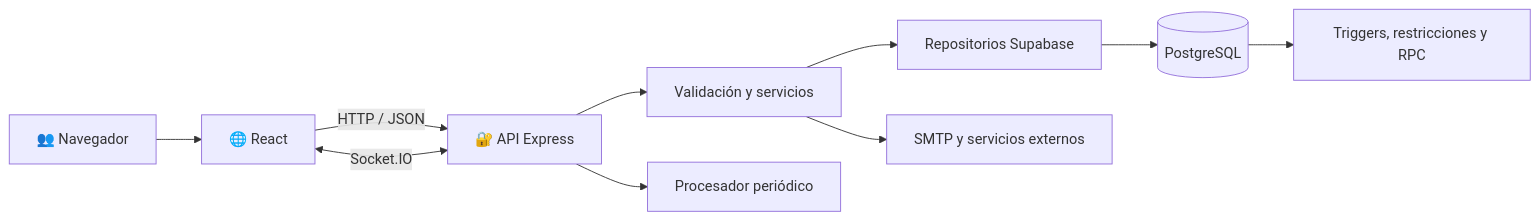
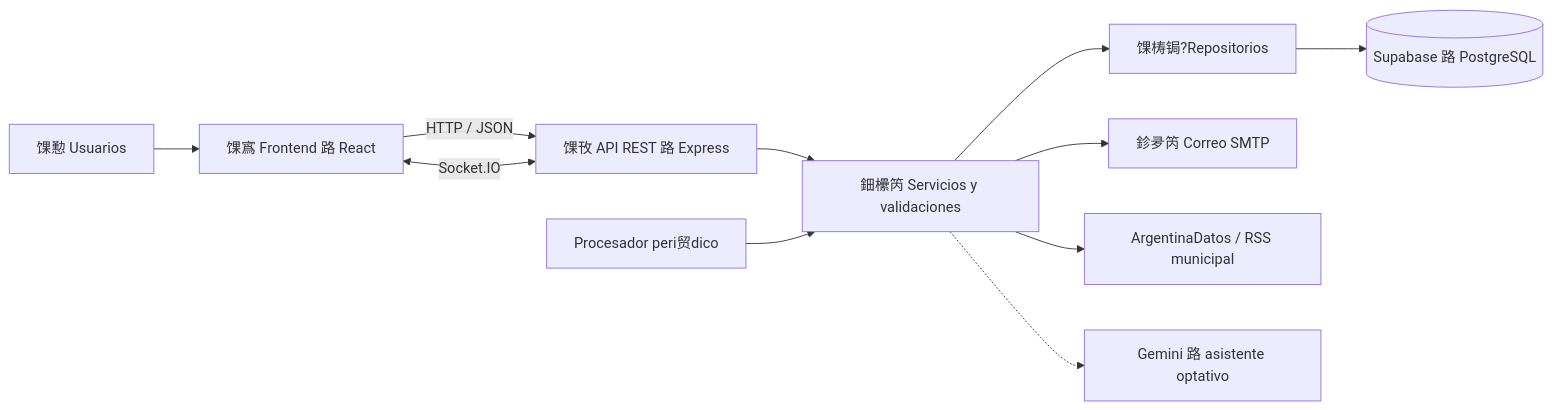
One commit to Arhiell/SAPS_Turno changed the diagram in README.md. Above: the diagram before and after it, drawn with Mermaid. The commit also changed other lines of this file, not shown here.

````diff
--- a/README.md
+++ b/README.md
@@ -58,12 +272,13 @@
 ```mermaid
 flowchart LR
-    U["👥 Navegador"] --> F["🌐 React"]
-    F -->|"HTTP / JSON"| A["🔐 API Express"]
-    F <-->|"Socket.IO"| A
-    A --> V["Validación y servicios"]
-    V --> R["Repositorios Supabase"]
-    R --> D[("PostgreSQL")]
-    D --> G["Triggers, restricciones y RPC"]
-    A --> W["Procesador periódico"]
-    V --> X["SMTP y servicios externos"]
+    U["馃懃 Usuarios"] --> F["馃寪 Frontend 路 React"]
+    F -->|"HTTP / JSON"| A["馃攼 API REST 路 Express"]
+    A --> S["鈿欙笍 Servicios y validaciones"]
+    S --> R["馃梼锔?Repositorios"]
+    R --> D[("Supabase 路 PostgreSQL")]
+    S --> M["鉁夛笍 Correo SMTP"]
+    A <-->|"Socket.IO"| F
+    W["Procesador peri贸dico"] --> S
+    S --> E["ArgentinaDatos / RSS municipal"]
+    S -.-> G["Gemini 路 asistente optativo"]
 ```
````
